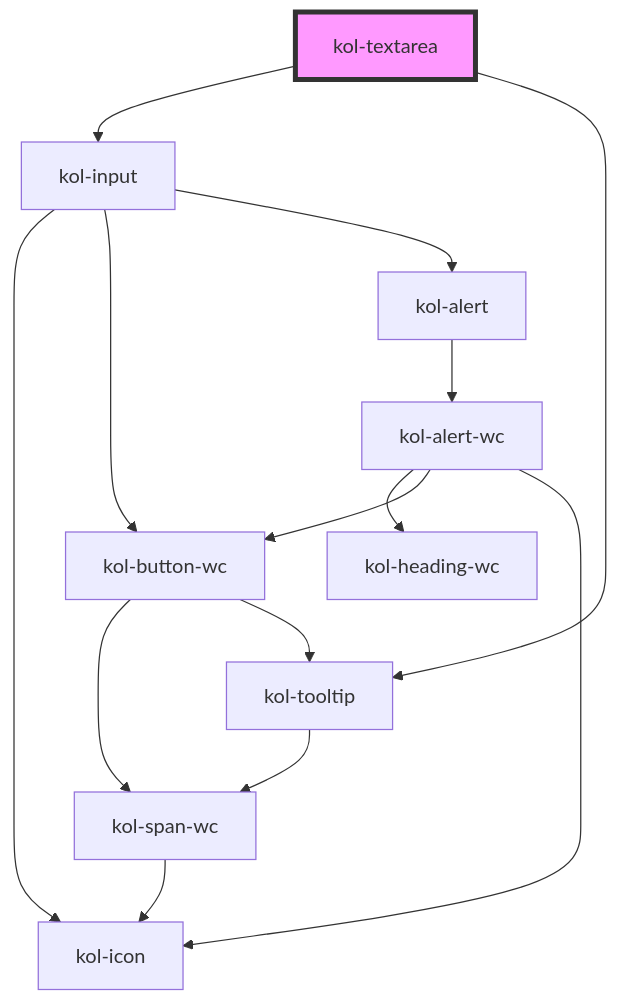
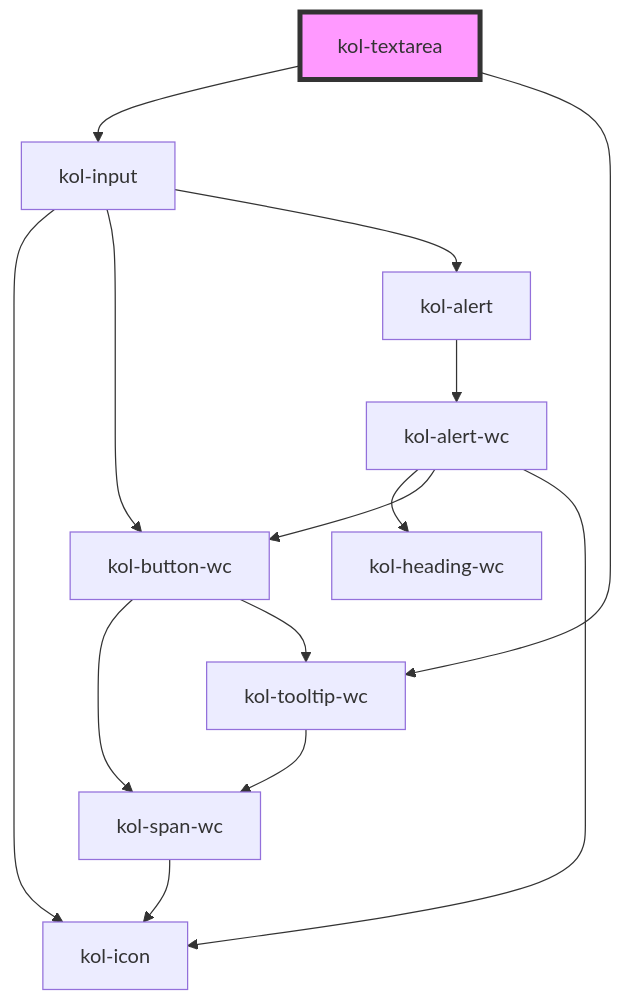
The diagram in packages/components/src/components/textarea/readme.md (public-ui/kolibri), drawn with Mermaid before and after one commit. The commit also changed other lines of this file and 99 other files, not shown here.

````diff
--- a/packages/components/src/components/textarea/readme.md
+++ b/packages/components/src/components/textarea/readme.md
@@ -95,17 +95,17 @@
 ```mermaid
 graph TD;
   kol-textarea --> kol-input
-  kol-textarea --> kol-tooltip
+  kol-textarea --> kol-tooltip-wc
   kol-input --> kol-icon
   kol-input --> kol-button-wc
   kol-input --> kol-alert
   kol-button-wc --> kol-span-wc
-  kol-button-wc --> kol-tooltip
+  kol-button-wc --> kol-tooltip-wc
   kol-span-wc --> kol-icon
-  kol-tooltip --> kol-span-wc
+  kol-tooltip-wc --> kol-span-wc
   kol-alert --> kol-alert-wc
   kol-alert-wc --> kol-heading-wc
   kol-alert-wc --> kol-button-wc
   kol-alert-wc --> kol-icon
   style kol-textarea fill:#f9f,stroke:#333,stroke-width:4px
 ```
````
